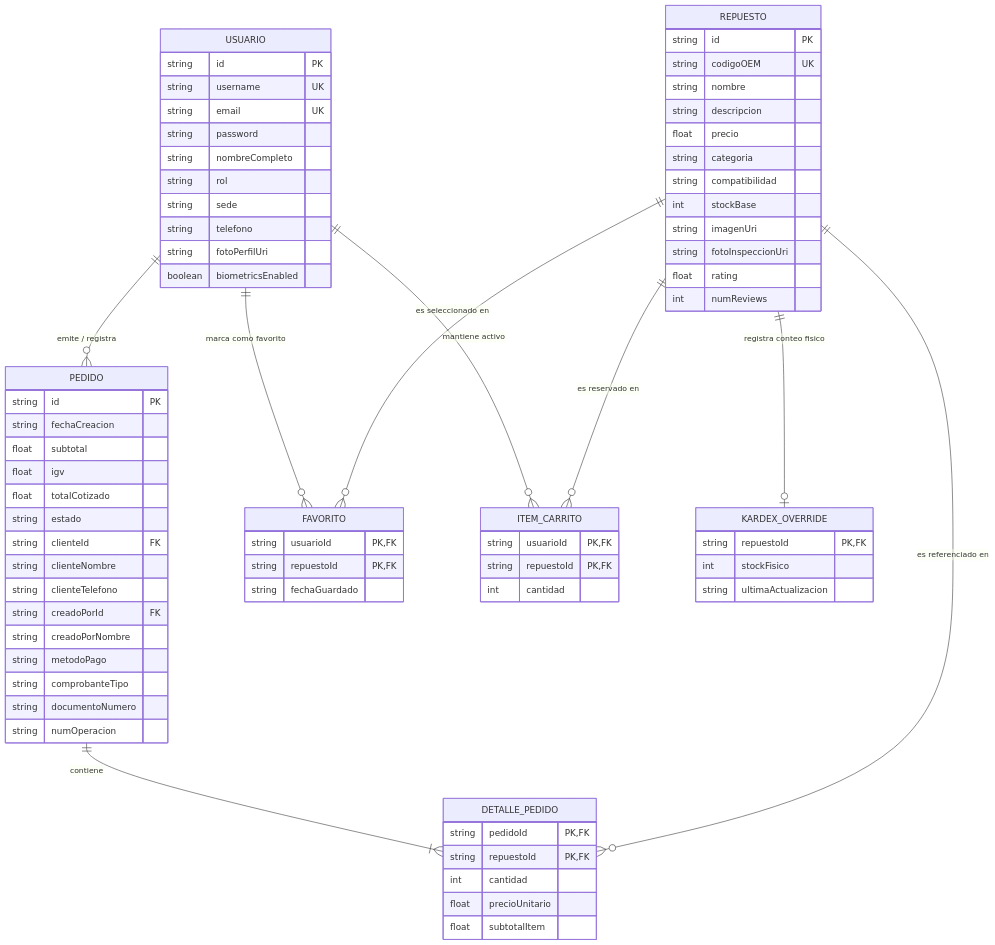
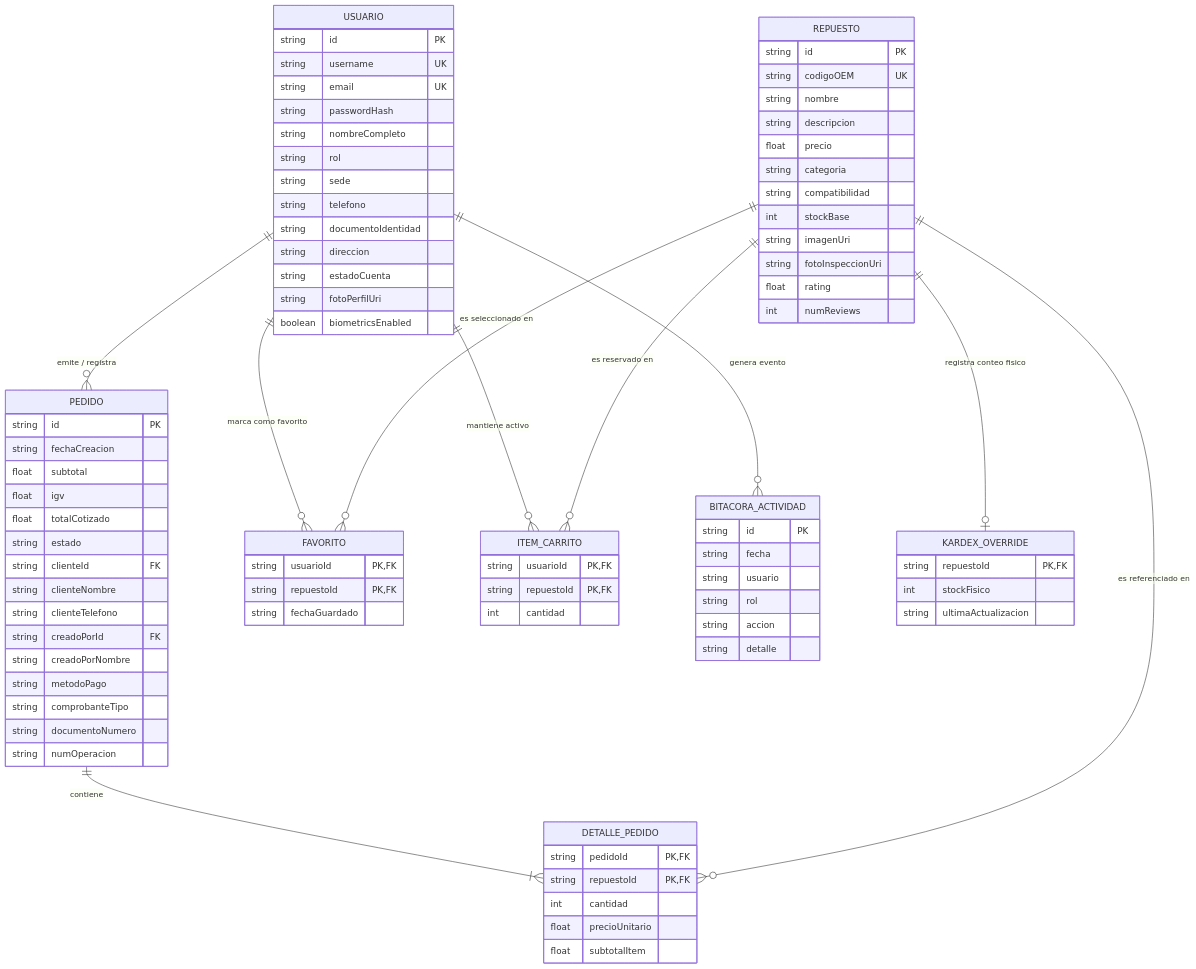
Before and after one commit to EduMoralesCar/HuriosRally-App: the sixth of 9 diagrams in docs/diagramas_ingenieria.md, drawn with Mermaid. The commit also changed other lines of this file, not shown here.

Commit message:
docs(uml): actualizar diagramas de arquitectura SDK 58, rol Administrador y servicio criptografico SHA-256

````diff
--- a/docs/diagramas_ingenieria.md
+++ b/docs/diagramas_ingenieria.md
@@ -373,6 +398,7 @@
   USUARIO ||--o{ PEDIDO : "emite / registra"
   USUARIO ||--o{ FAVORITO : "marca como favorito"
   USUARIO ||--o{ ITEM_CARRITO : "mantiene activo"
+  USUARIO ||--o{ BITACORA_ACTIVIDAD : "genera evento"
   PEDIDO ||--|{ DETALLE_PEDIDO : "contiene"
   REPUESTO ||--o{ DETALLE_PEDIDO : "es referenciado en"
   REPUESTO ||--o{ FAVORITO : "es seleccionado en"
@@ -383,11 +409,14 @@
     string id PK
     string username UK
     string email UK
-    string password
+    string passwordHash
     string nombreCompleto
     string rol
     string sede
     string telefono
+    string documentoIdentidad
+    string direccion
+    string estadoCuenta
     string fotoPerfilUri
     boolean biometricsEnabled
   }
@@ -450,4 +479,13 @@
     int stockFisico
     string ultimaActualizacion
   }
+
+  BITACORA_ACTIVIDAD {
+    string id PK
+    string fecha
+    string usuario
+    string rol
+    string accion
+    string detalle
+  }
 ```
````
